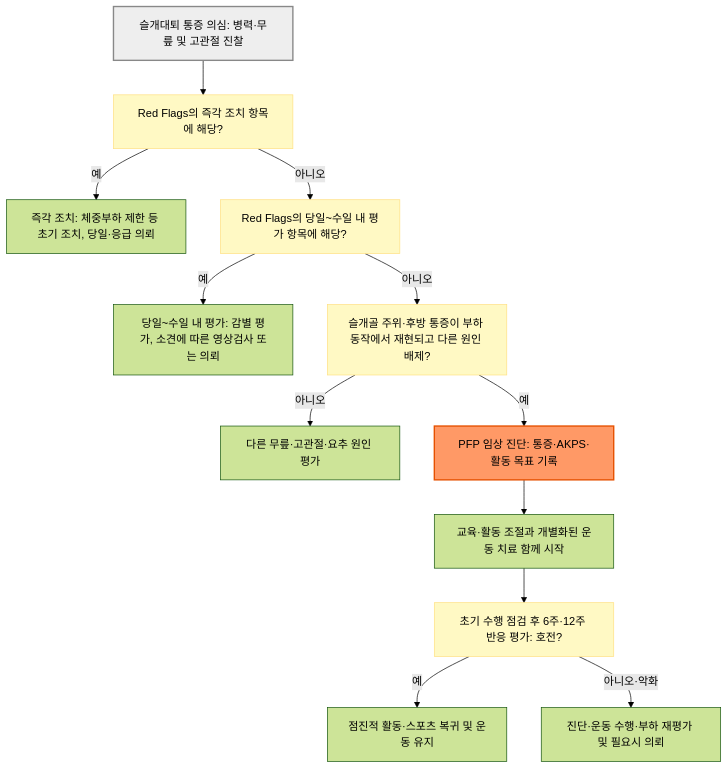
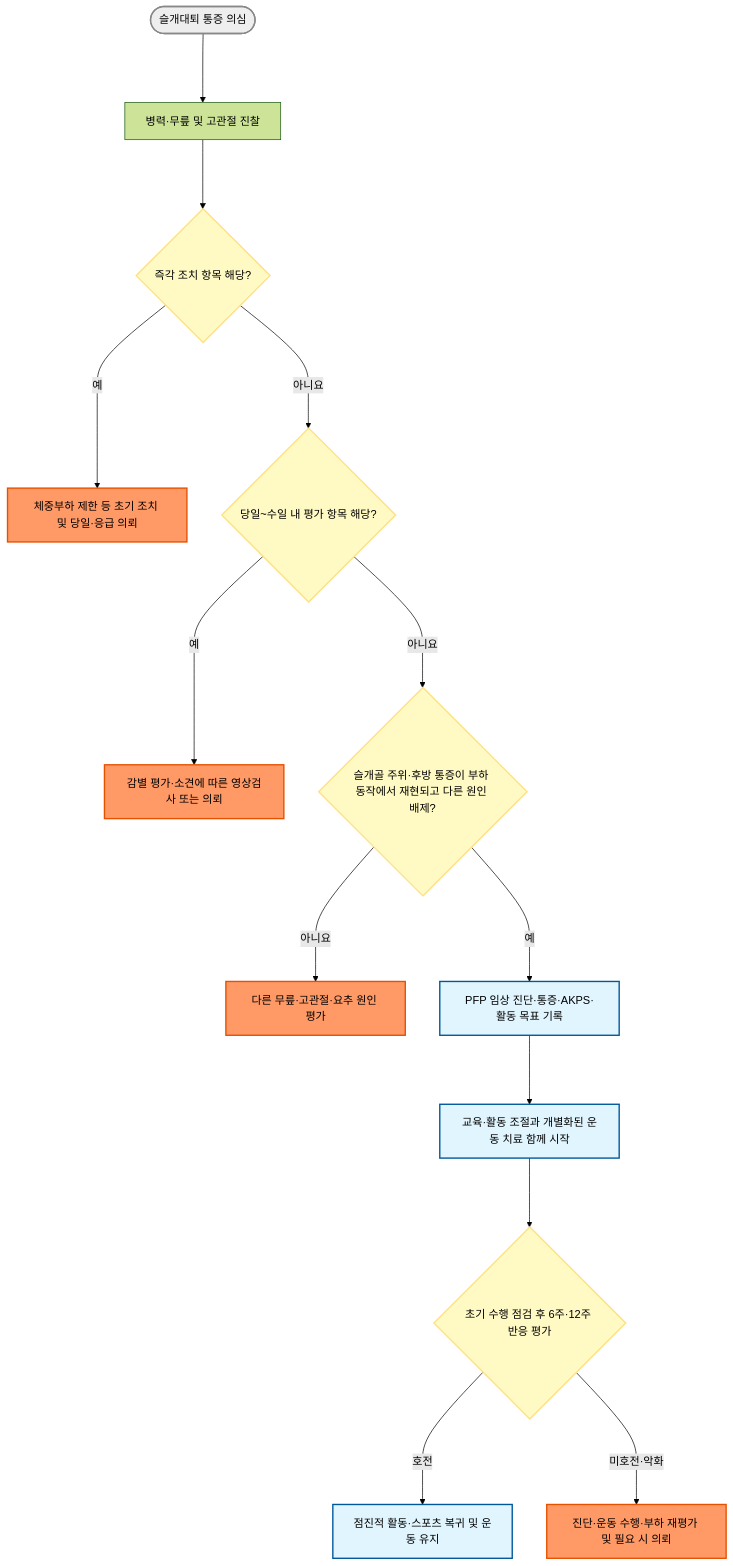
The diagram in 228_/145_-patellofemoral-pain-syndrome.md (familyoh77/familyoh77), drawn with Mermaid (forest theme) before and after one commit. The commit also changed other lines of this file and 9 other files, not shown here.

````diff
--- a/228_/145_-patellofemoral-pain-syndrome.md
+++ b/228_/145_-patellofemoral-pain-syndrome.md
@@ -151,19 +151,24 @@
 ```mermaid
-flowchart TD
-    A["슬개대퇴 통증 의심: 병력·무릎 및 고관절 진찰"] --> B["Red Flags의 즉각 조치 항목에 해당?"]
-    B -- "예" --> C["즉각 조치: 체중부하 제한 등 초기 조치, 당일·응급 의뢰"]
-    B -- "아니오" --> D["Red Flags의 당일~수일 내 평가 항목에 해당?"]
-    D -- "예" --> E["당일~수일 내 평가: 감별 평가, 소견에 따른 영상검사 또는 의뢰"]
-    D -- "아니오" --> F["슬개골 주위·후방 통증이 부하 동작에서 재현되고 다른 원인 배제?"]
-    F -- "아니오" --> G["다른 무릎·고관절·요추 원인 평가"]
-    F -- "예" --> H["PFP 임상 진단: 통증·AKPS·활동 목표 기록"]
-    H --> I["교육·활동 조절과 개별화된 운동 치료 함께 시작"]
-    I --> J["초기 수행 점검 후 6주·12주 반응 평가: 호전?"]
-    J -- "예" --> K["점진적 활동·스포츠 복귀 및 운동 유지"]
-    J -- "아니오·악화" --> L["진단·운동 수행·부하 재평가 및 필요시 의뢰"]
+graph TD
+    Start(["슬개대퇴 통증 의심"]) ---> A["병력·무릎 및 고관절 진찰"]
+    A ---> RF{"즉각 조치 항목 해당?"}
+    RF --->|예| C["체중부하 제한 등 초기 조치 및 당일·응급 의뢰"]
+    RF --->|아니요| U{"당일~수일 내 평가 항목 해당?"}
+    U --->|예| V["감별 평가·소견에 따른 영상검사 또는 의뢰"]
+    U --->|아니요| D{"슬개골 주위·후방 통증이 부하 동작에서 재현되고 다른 원인 배제?"}
+    D --->|아니요| X["다른 무릎·고관절·요추 원인 평가"]
+    D --->|예| F["PFP 임상 진단·통증·AKPS·활동 목표 기록"]
+    F ---> H["교육·활동 조절과 개별화된 운동 치료 함께 시작"]
+    H ---> I{"초기 수행 점검 후 6주·12주 반응 평가"}
+    I --->|호전| J["점진적 활동·스포츠 복귀 및 운동 유지"]
+    I --->|미호전·악화| K["진단·운동 수행·부하 재평가 및 필요 시 의뢰"]
 
-    classDef question fill:#fff9c4,stroke:#ffe082
-    class B,D,F,J question
-    style A fill:#eeeeee,stroke:#888888,stroke-width:2px
-    style H fill:#f96,stroke:#e65100,stroke-width:2px
+    class RF,U,D,I question
+    class C,V,X,K refer
+    class F,H,J action
+    class Start start
+    classDef start fill:#eeeeee,stroke:#888888,stroke-width:2px
+    classDef question fill:#fff9c4,stroke:#ffe082,stroke-width:2px
+    classDef refer fill:#f96,stroke:#e65100,stroke-width:2px
+    classDef action fill:#e1f5fe,stroke:#01579b,stroke-width:2px
 ```
````
